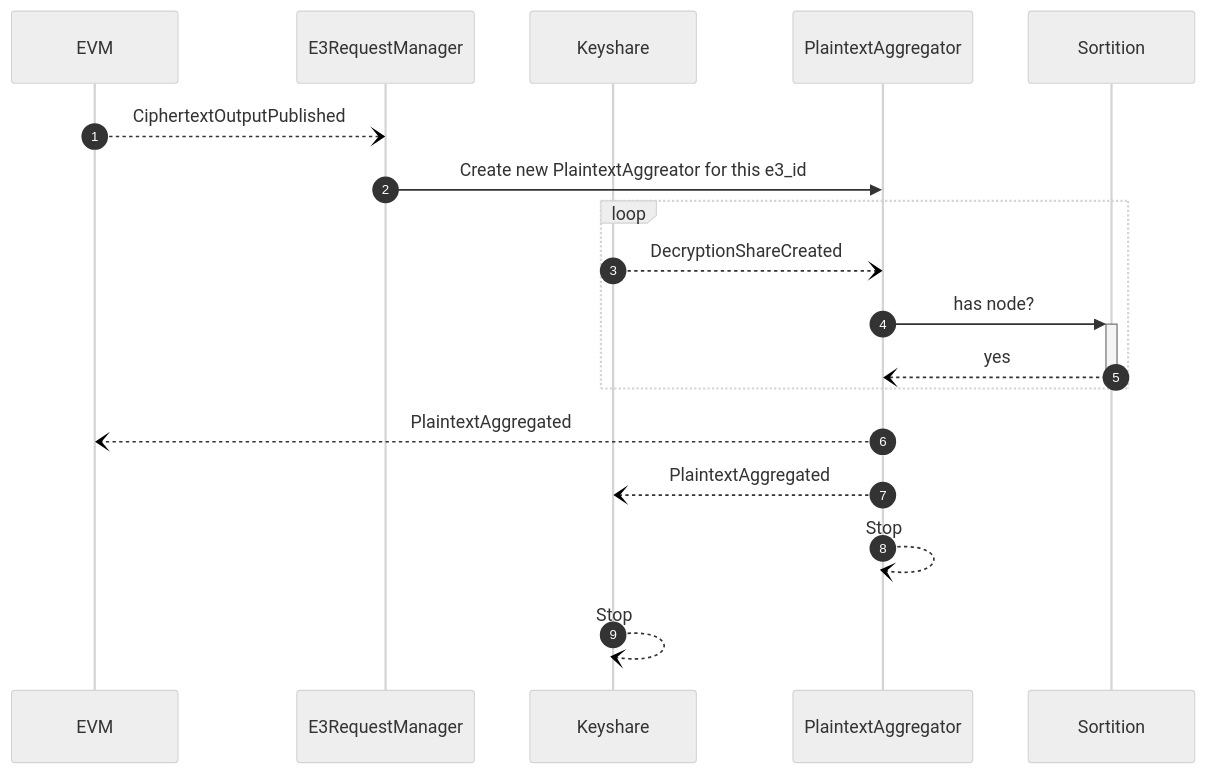
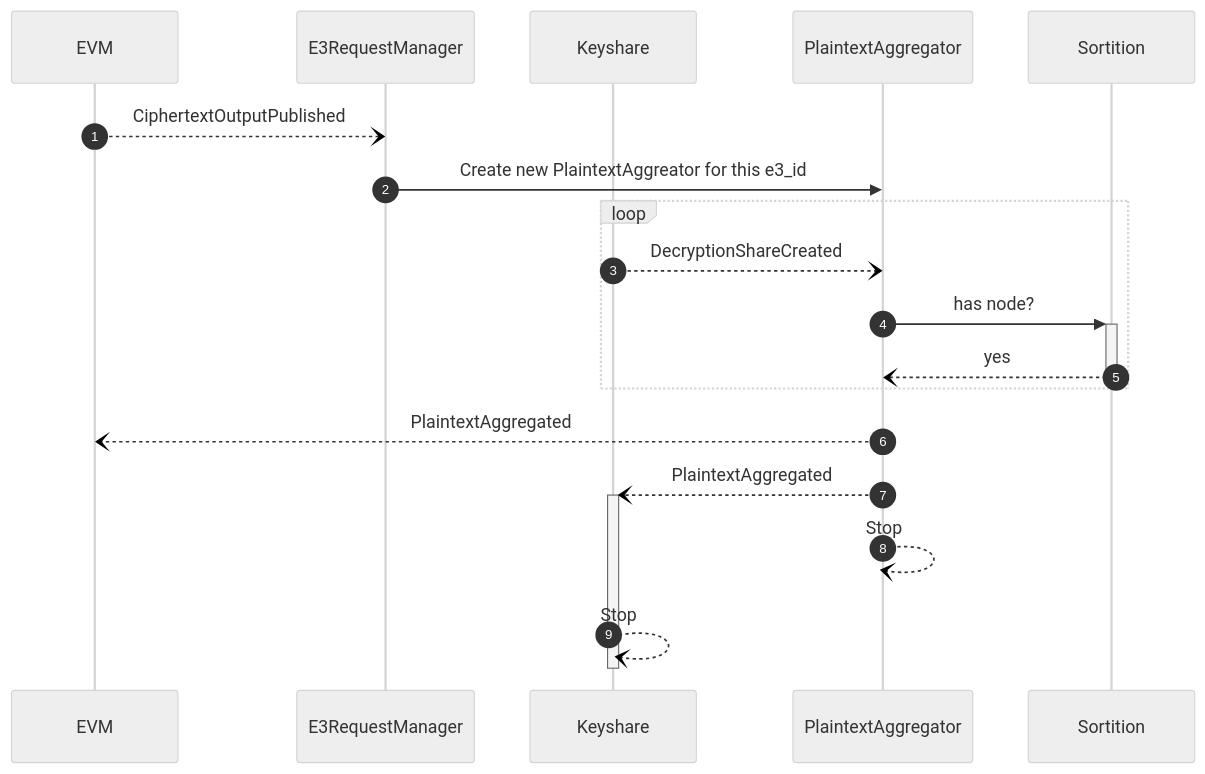
Before and after one commit to gnosisguild/enclave: the second of 2 diagrams in packages/ciphernode/README.md, drawn with Mermaid (neutral theme).

Commit message:
Close keyshare activity

````diff
--- a/packages/ciphernode/README.md
+++ b/packages/ciphernode/README.md
@@ -30,21 +30,21 @@
 ```mermaid
 sequenceDiagram
     autonumber
     participant EVM as EVM
     participant E3 as E3RequestManager
     participant KS as Keyshare
     participant PTA as PlaintextAggregator
     participant S as Sortition
     
     EVM--)E3: CiphertextOutputPublished
     E3->>PTA: Create new PlaintextAggreator for this e3_id
     loop
         KS--)PTA: DecryptionShareCreated
         PTA->>+S: has node?
         S--)-PTA: yes
     end
     PTA--)EVM: PlaintextAggregated
-    PTA--)KS: PlaintextAggregated
+    PTA--)+KS: PlaintextAggregated
     PTA--)PTA: Stop
-    KS--)KS: Stop
+    KS--)-KS: Stop
 ```
````
